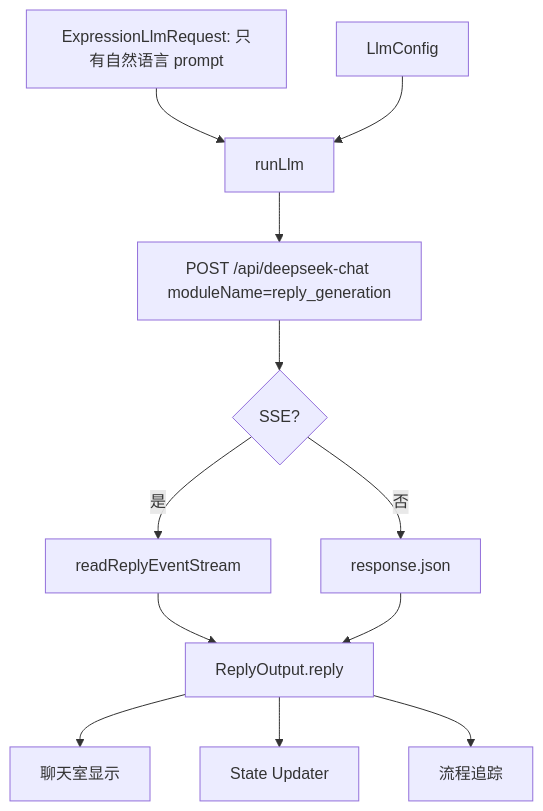
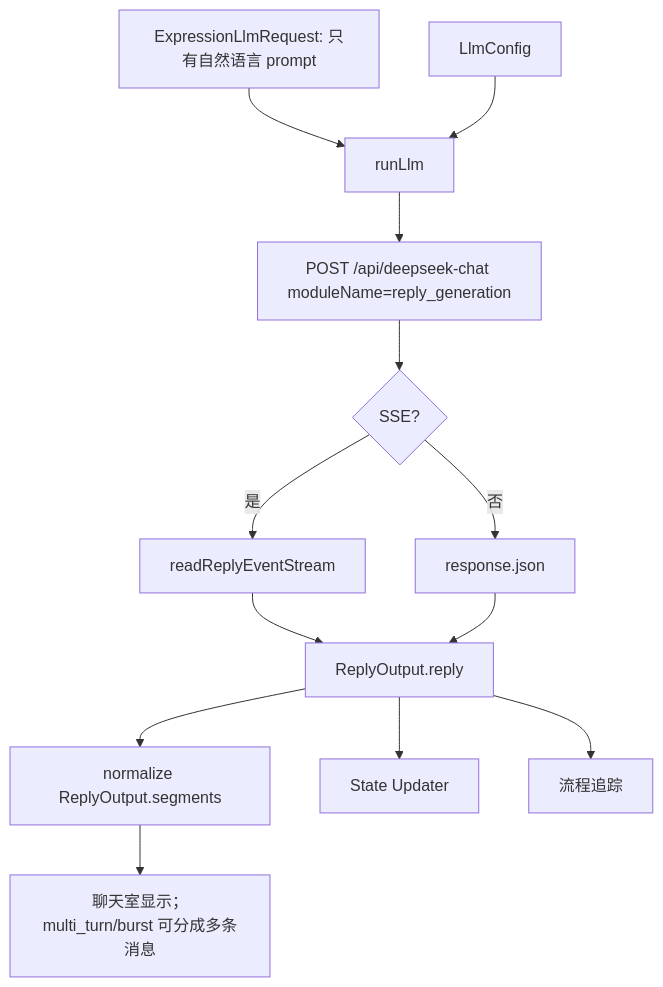
Diagram 20 of 31 in docs/SYSTEM_FLOW.md (ttmanthatman/virtual-human-flow), drawn with Mermaid before and after one commit. The commit also changed other lines of this file and 15 other files, not shown here.

````diff
--- a/docs/SYSTEM_FLOW.md
+++ b/docs/SYSTEM_FLOW.md
@@ -509,14 +511,15 @@
 ```mermaid
 flowchart TD
     REQ["ExpressionLlmRequest: 只有自然语言 prompt"] --> CLIENT["runLlm"]
     CFG["LlmConfig"] --> CLIENT
     CLIENT --> FETCH["POST /api/deepseek-chat moduleName=reply_generation"]
     FETCH --> STREAM{"SSE?"}
     STREAM -- "是" --> READ["readReplyEventStream"]
     STREAM -- "否" --> JSON["response.json"]
     READ --> OUT["ReplyOutput.reply"]
     JSON --> OUT
-    OUT --> CHAT["聊天室显示"]
+    OUT --> SEG["normalize ReplyOutput.segments"]
+    SEG --> CHAT["聊天室显示；multi_turn/burst 可分成多条消息"]
     OUT --> STATE["State Updater"]
     OUT --> TRACE["流程追踪"]
 ```
````
